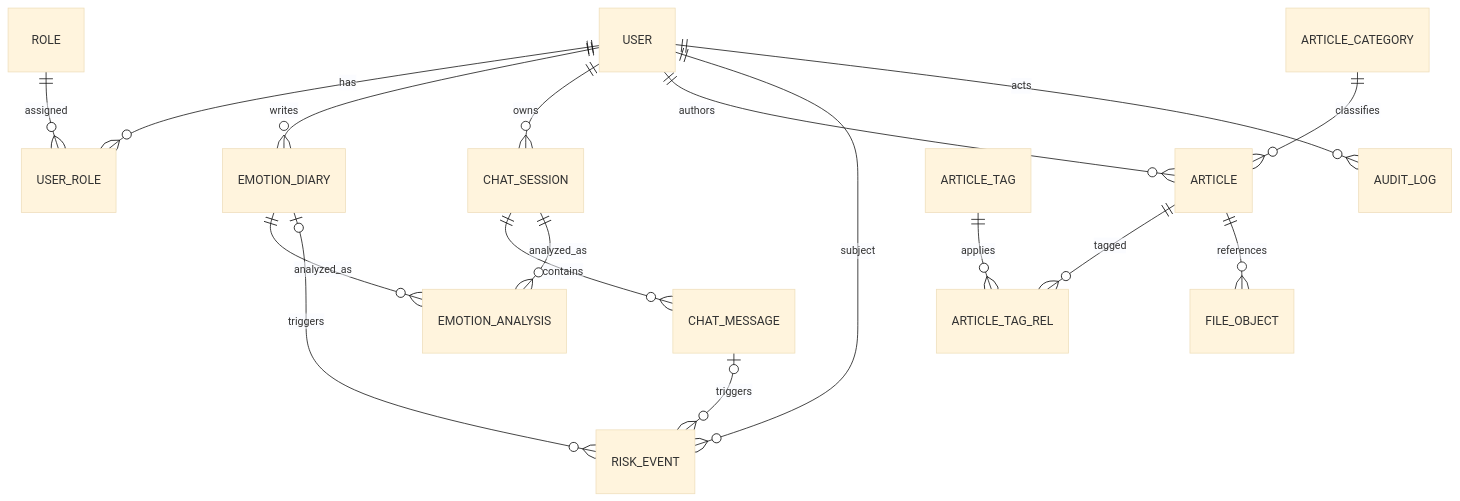
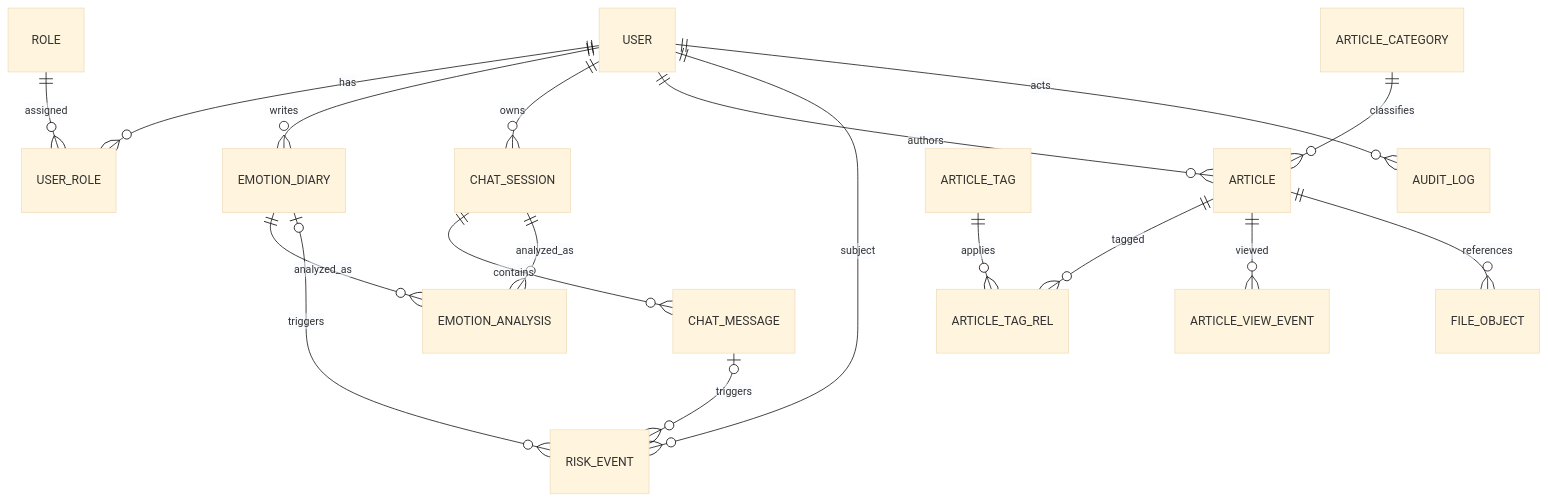
Before and after one commit to liu-2005/Mindhaven: the first of 3 diagrams in docs/DATA_MODEL.md, drawn with Mermaid (base theme). The commit also changed other lines of this file and 71 other files, not shown here.

````diff
--- a/docs/DATA_MODEL.md
+++ b/docs/DATA_MODEL.md
@@ -17,19 +17,20 @@
 ```mermaid
 erDiagram
     USER ||--o{ USER_ROLE : has
     ROLE ||--o{ USER_ROLE : assigned
     USER ||--o{ EMOTION_DIARY : writes
     EMOTION_DIARY ||--o{ EMOTION_ANALYSIS : analyzed_as
     USER ||--o{ CHAT_SESSION : owns
     CHAT_SESSION ||--o{ CHAT_MESSAGE : contains
     CHAT_SESSION ||--o{ EMOTION_ANALYSIS : analyzed_as
     USER ||--o{ ARTICLE : authors
     ARTICLE_CATEGORY ||--o{ ARTICLE : classifies
     ARTICLE ||--o{ ARTICLE_TAG_REL : tagged
     ARTICLE_TAG ||--o{ ARTICLE_TAG_REL : applies
+    ARTICLE ||--o{ ARTICLE_VIEW_EVENT : viewed
     ARTICLE ||--o{ FILE_OBJECT : references
     USER ||--o{ RISK_EVENT : subject
     CHAT_MESSAGE o|--o{ RISK_EVENT : triggers
     EMOTION_DIARY o|--o{ RISK_EVENT : triggers
     USER ||--o{ AUDIT_LOG : acts
 ```
````
